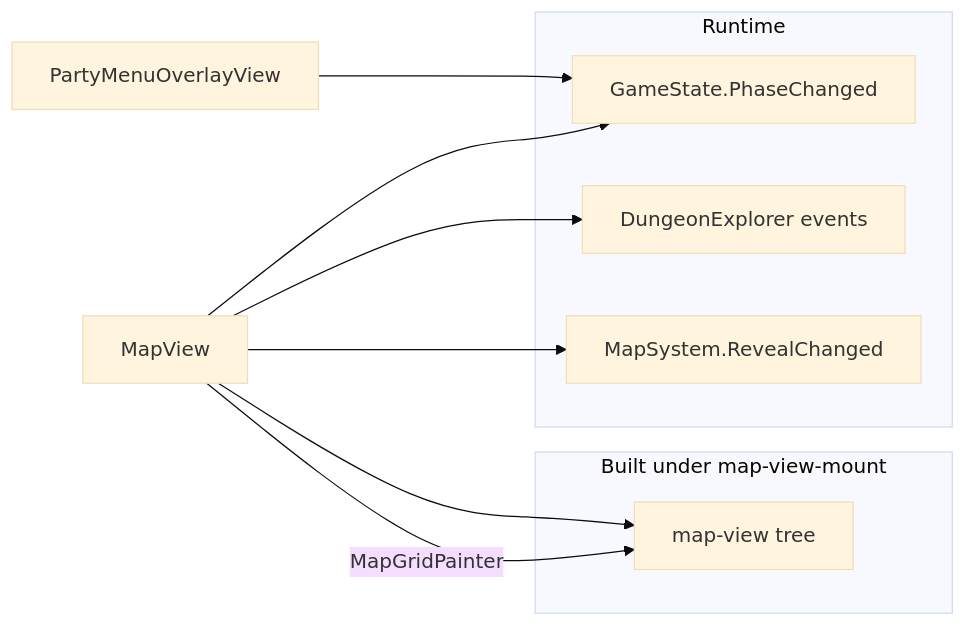
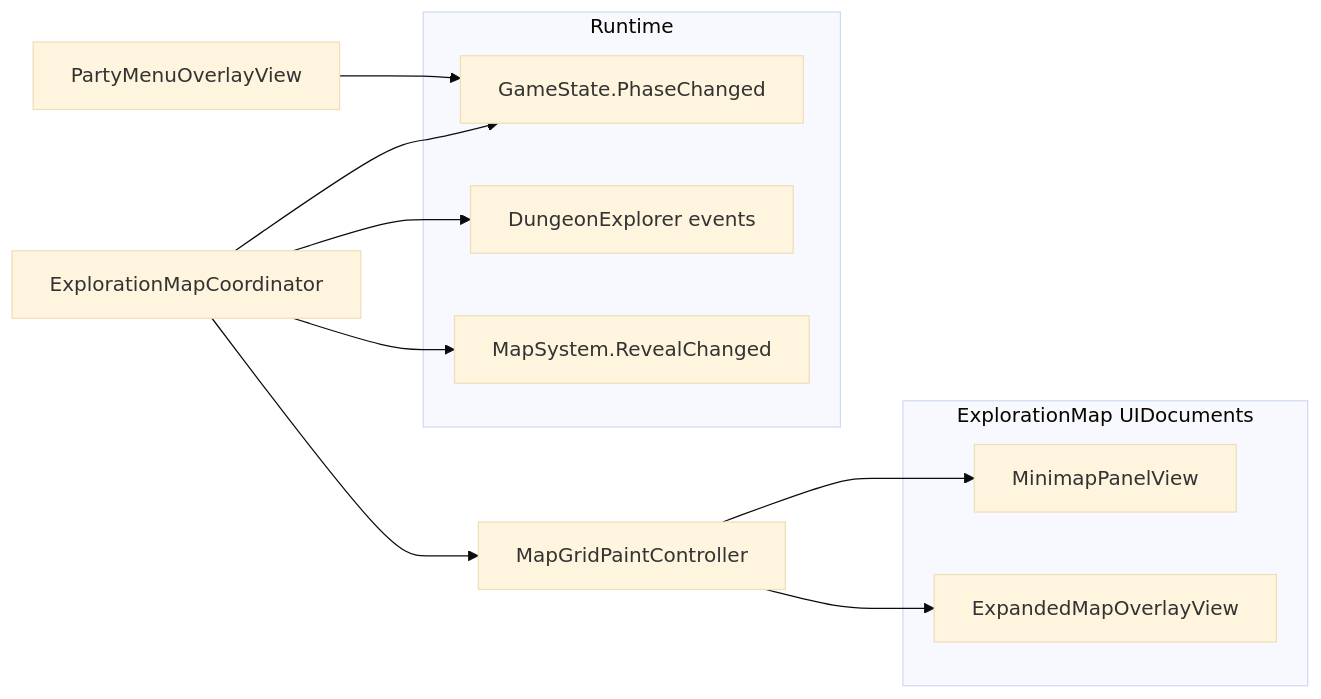
Before and after one commit to miramocha/griddungeon-design-docs: the third of 5 diagrams in docs/02-systems/exploration-ui.md, drawn with Mermaid (base theme). The commit also changed other lines of this file and 21 other files, not shown here.

First line of the commit message:
docs: exploration map split (game #244) (#33)

````diff
--- a/docs/02-systems/exploration-ui.md
+++ b/docs/02-systems/exploration-ui.md
@@ -116,23 +133,25 @@
 ```mermaid
 flowchart LR
-    subgraph UXML_Dynamic["Built under map-view-mount"]
-        MAP[map-view tree]
+    subgraph MapSurfaces["ExplorationMap UIDocuments"]
+        MM[MinimapPanelView]
+        EXP[ExpandedMapOverlayView]
     end
 
     subgraph Runtime["Runtime"]
         GS[GameState.PhaseChanged]
         EX[DungeonExplorer events]
         MS[MapSystem.RevealChanged]
     end
 
     PMO[PartyMenuOverlayView]
-    MV[MapView]
+    EMC[ExplorationMapCoordinator]
+    PAINT[MapGridPaintController]
 
     PMO --> GS
-
-    MV --> MAP
-    MV --> GS
-    MV --> EX
-    MV --> MS
-    MV -->|MapGridPainter| MAP
+    EMC --> PAINT
+    PAINT --> MM
+    PAINT --> EXP
+    EMC --> GS
+    EMC --> EX
+    EMC --> MS
 ```
````
